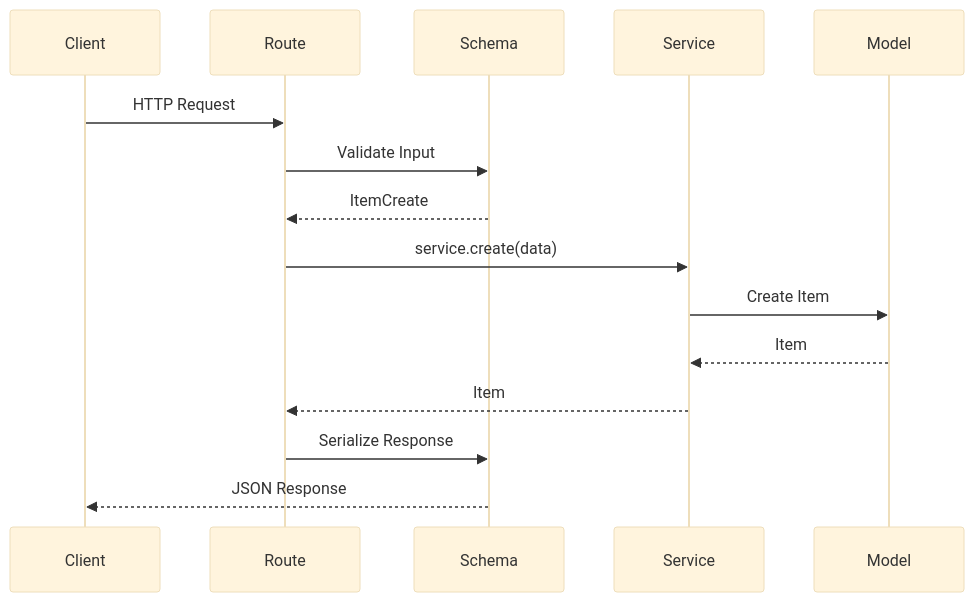
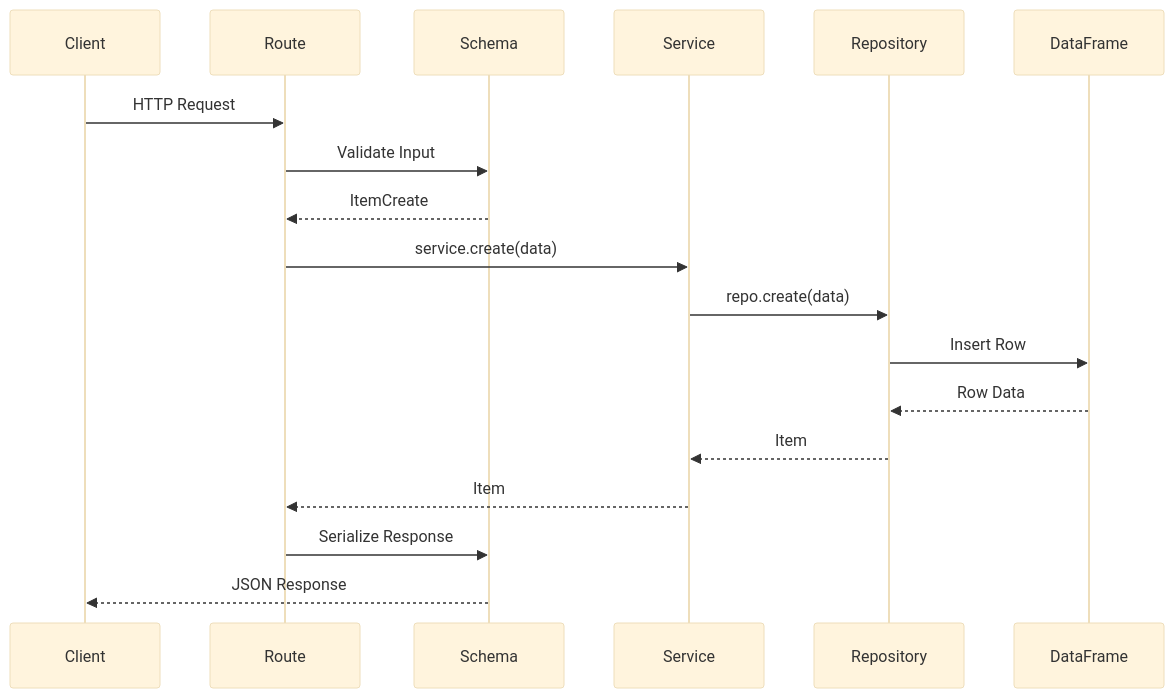
The second of 4 diagrams in README.md (ikaric/python-template), drawn with Mermaid (base theme) before and after one commit. The commit also changed other lines of this file and 12 other files, not shown here.

````diff
--- a/README.md
+++ b/README.md
@@ -142,18 +153,21 @@
 ```mermaid
 sequenceDiagram
     participant C as Client
     participant R as Route
     participant S as Schema
     participant Svc as Service
-    participant M as Model
+    participant Repo as Repository
+    participant DF as DataFrame
 
     C->>R: HTTP Request
     R->>S: Validate Input
     S-->>R: ItemCreate
     R->>Svc: service.create(data)
-    Svc->>M: Create Item
-    M-->>Svc: Item
+    Svc->>Repo: repo.create(data)
+    Repo->>DF: Insert Row
+    DF-->>Repo: Row Data
+    Repo-->>Svc: Item
     Svc-->>R: Item
     R->>S: Serialize Response
     S-->>C: JSON Response
 ```
````
